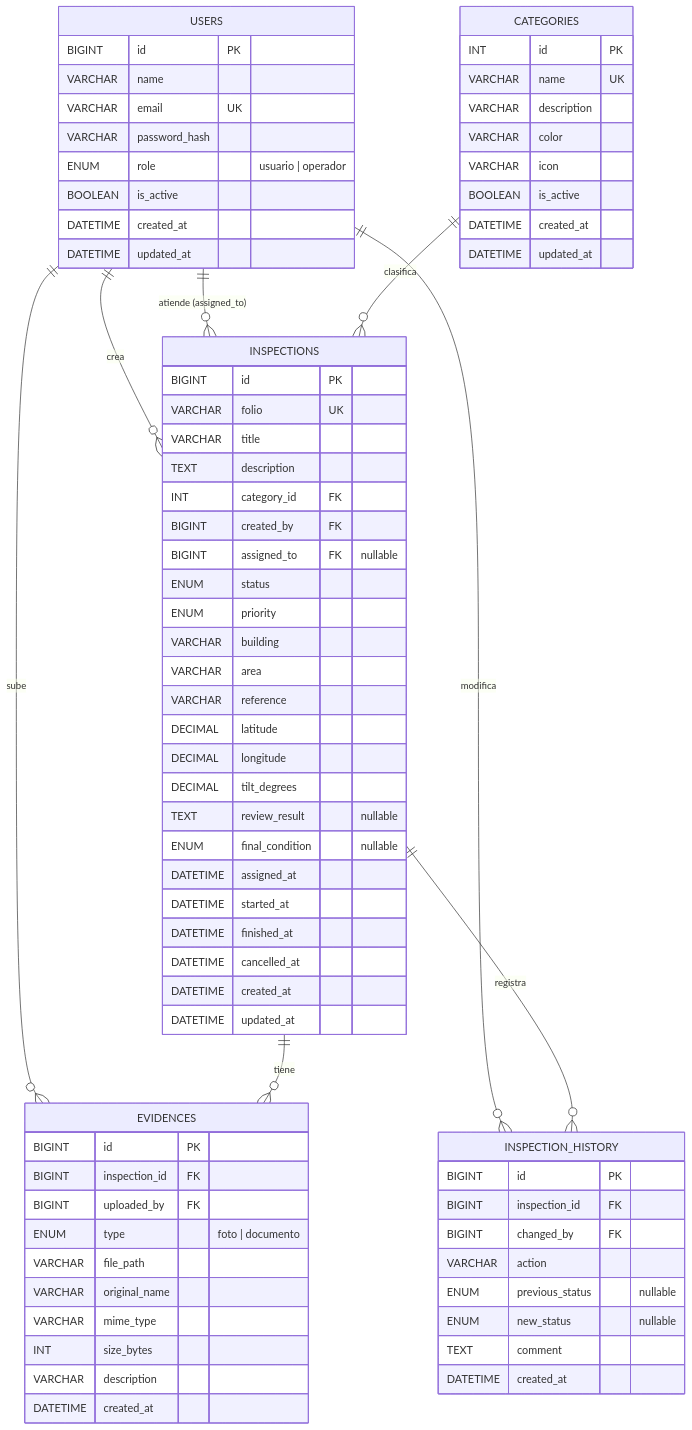
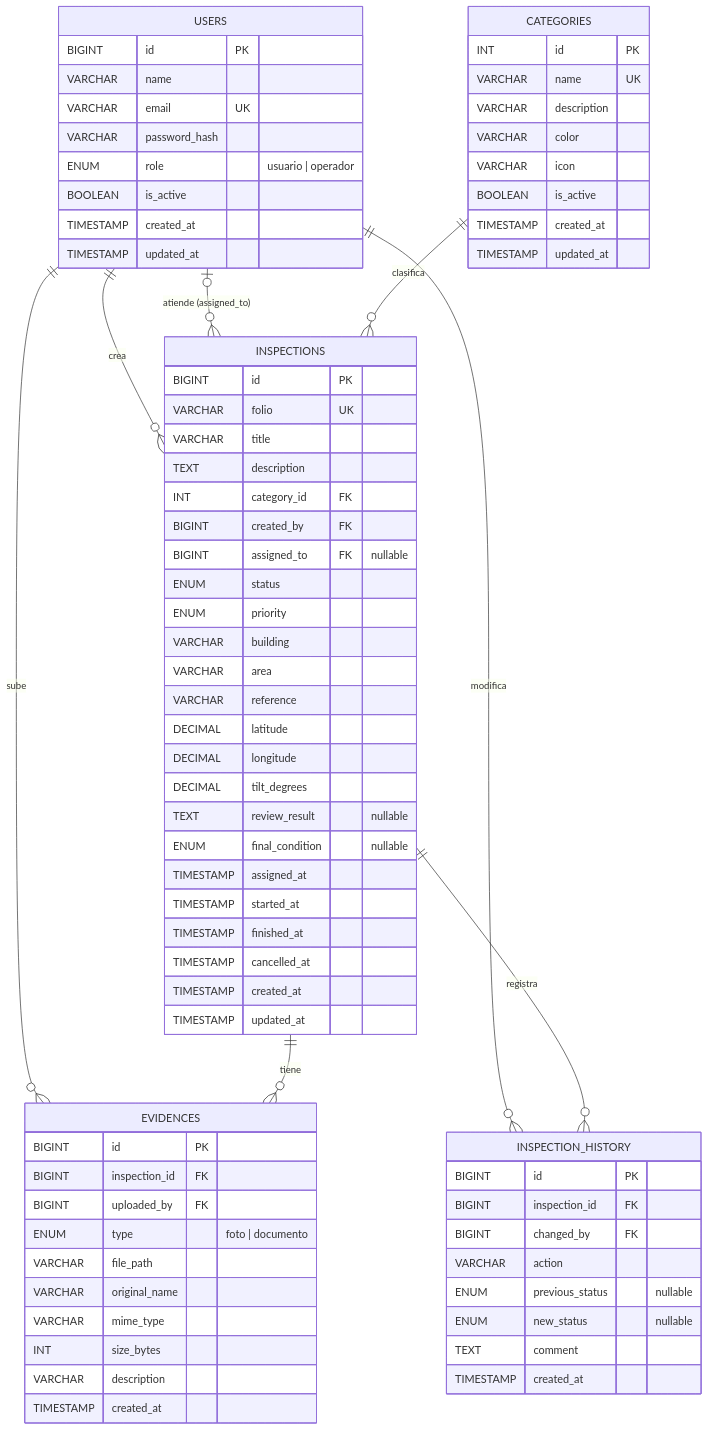
Before and after one commit to sigse-uaa/sigse-uaa: the diagram in docs/MODELO_DATOS.md, drawn with Mermaid. The commit also changed 5 other files, not shown here.

````diff
--- a/docs/MODELO_DATOS.md
+++ b/docs/MODELO_DATOS.md
@@ -9,82 +9,82 @@
 ```mermaid
 erDiagram
   USERS ||--o{ INSPECTIONS : "crea"
-  USERS ||--o{ INSPECTIONS : "atiende (assigned_to)"
+  USERS |o--o{ INSPECTIONS : "atiende (assigned_to)"
   USERS ||--o{ EVIDENCES : "sube"
   USERS ||--o{ INSPECTION_HISTORY : "modifica"
   CATEGORIES ||--o{ INSPECTIONS : "clasifica"
   INSPECTIONS ||--o{ EVIDENCES : "tiene"
   INSPECTIONS ||--o{ INSPECTION_HISTORY : "registra"
 
   USERS {
     BIGINT id PK
     VARCHAR name
     VARCHAR email UK
     VARCHAR password_hash
     ENUM role "usuario | operador"
     BOOLEAN is_active
-    DATETIME created_at
-    DATETIME updated_at
+    TIMESTAMP created_at
+    TIMESTAMP updated_at
   }
 
   CATEGORIES {
     INT id PK
     VARCHAR name UK
     VARCHAR description
     VARCHAR color
     VARCHAR icon
     BOOLEAN is_active
-    DATETIME created_at
-    DATETIME updated_at
+    TIMESTAMP created_at
+    TIMESTAMP updated_at
   }
 
   INSPECTIONS {
     BIGINT id PK
     VARCHAR folio UK
     VARCHAR title
     TEXT description
     INT category_id FK
     BIGINT created_by FK
     BIGINT assigned_to FK "nullable"
     ENUM status
     ENUM priority
     VARCHAR building
     VARCHAR area
     VARCHAR reference
     DECIMAL latitude
     DECIMAL longitude
     DECIMAL tilt_degrees
     TEXT review_result "nullable"
     ENUM final_condition "nullable"
-    DATETIME assigned_at
-    DATETIME started_at
-    DATETIME finished_at
-    DATETIME cancelled_at
-    DATETIME created_at
-    DATETIME updated_at
+    TIMESTAMP assigned_at
+    TIMESTAMP started_at
+    TIMESTAMP finished_at
+    TIMESTAMP cancelled_at
+    TIMESTAMP created_at
+    TIMESTAMP updated_at
   }
 
   EVIDENCES {
     BIGINT id PK
     BIGINT inspection_id FK
     BIGINT uploaded_by FK
     ENUM type "foto | documento"
     VARCHAR file_path
     VARCHAR original_name
     VARCHAR mime_type
     INT size_bytes
     VARCHAR description
-    DATETIME created_at
+    TIMESTAMP created_at
   }
 
   INSPECTION_HISTORY {
     BIGINT id PK
     BIGINT inspection_id FK
     BIGINT changed_by FK
     VARCHAR action
     ENUM previous_status "nullable"
     ENUM new_status "nullable"
     TEXT comment
-    DATETIME created_at
+    TIMESTAMP created_at
   }
 ```
````
